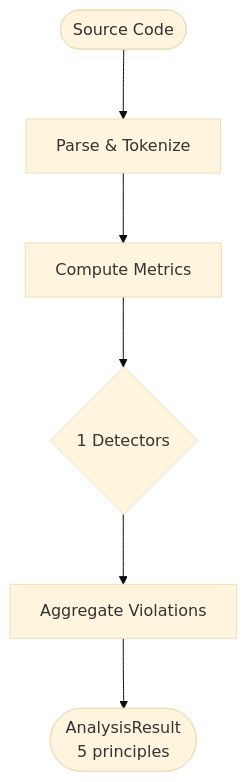
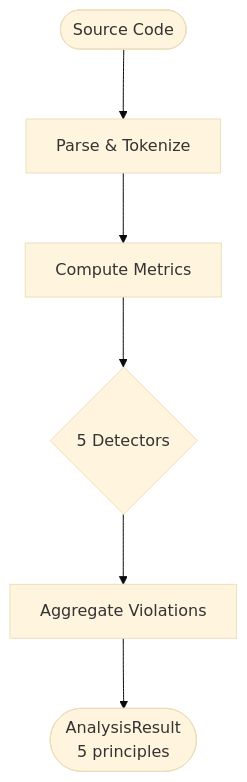
One commit to Anselmoo/mcp-zen-of-languages changed the third of 4 diagrams in docs/user-guide/frameworks/vue.md. Above: the diagram before and after it, drawn with Mermaid. The commit also changed other lines of this file and 41 other files, not shown here.

````diff
--- a/docs/user-guide/frameworks/vue.md
+++ b/docs/user-guide/frameworks/vue.md
@@ -145,9 +170,9 @@
     ```mermaid
     %%{init: {"theme": "base", "flowchart": {"useMaxWidth": false, "htmlLabels": true, "nodeSpacing": 50, "rankSpacing": 70}}}%%
     flowchart TD
     Source(["Source Code"]) --> Parse["Parse & Tokenize"]
     Parse --> Metrics["Compute Metrics"]
-    Metrics --> Pipeline{"1 Detectors"}
+    Metrics --> Pipeline{"5 Detectors"}
     Pipeline --> Collect["Aggregate Violations"]
     Collect --> Result(["AnalysisResult<br/>5 principles"])
     ```
````
